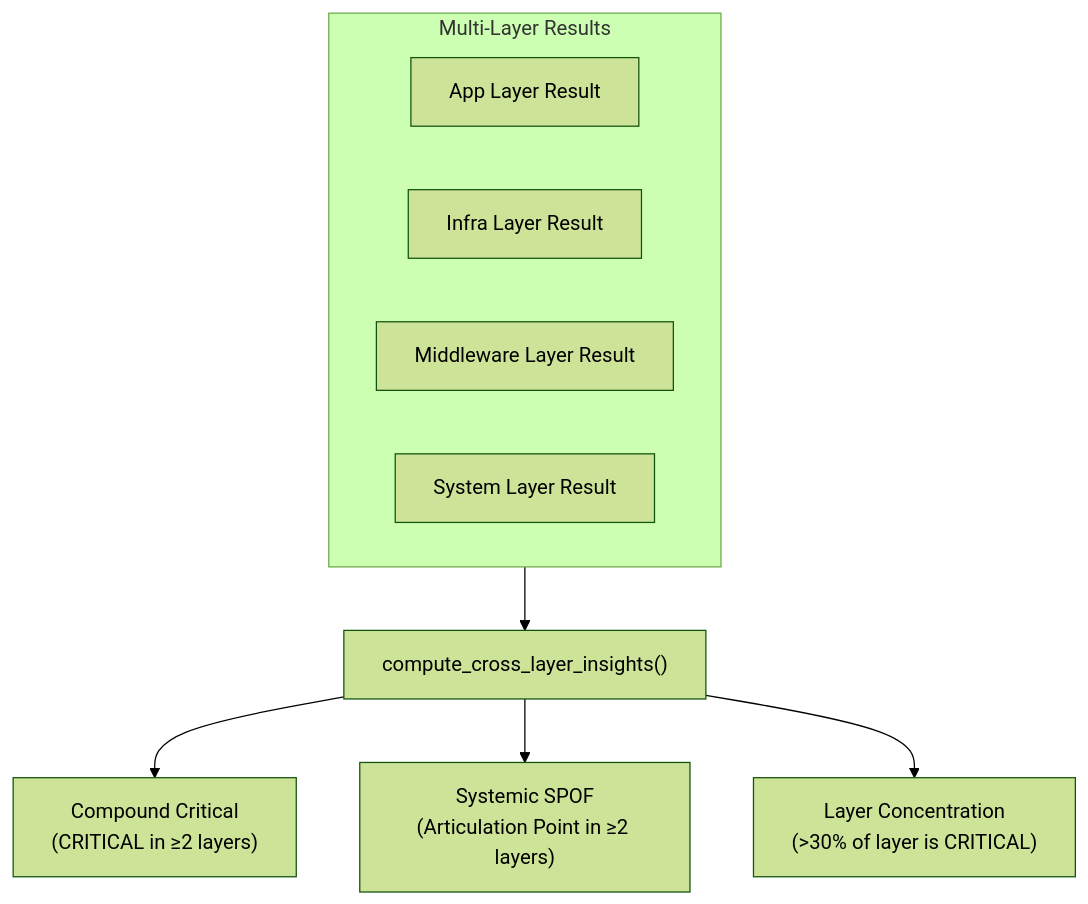
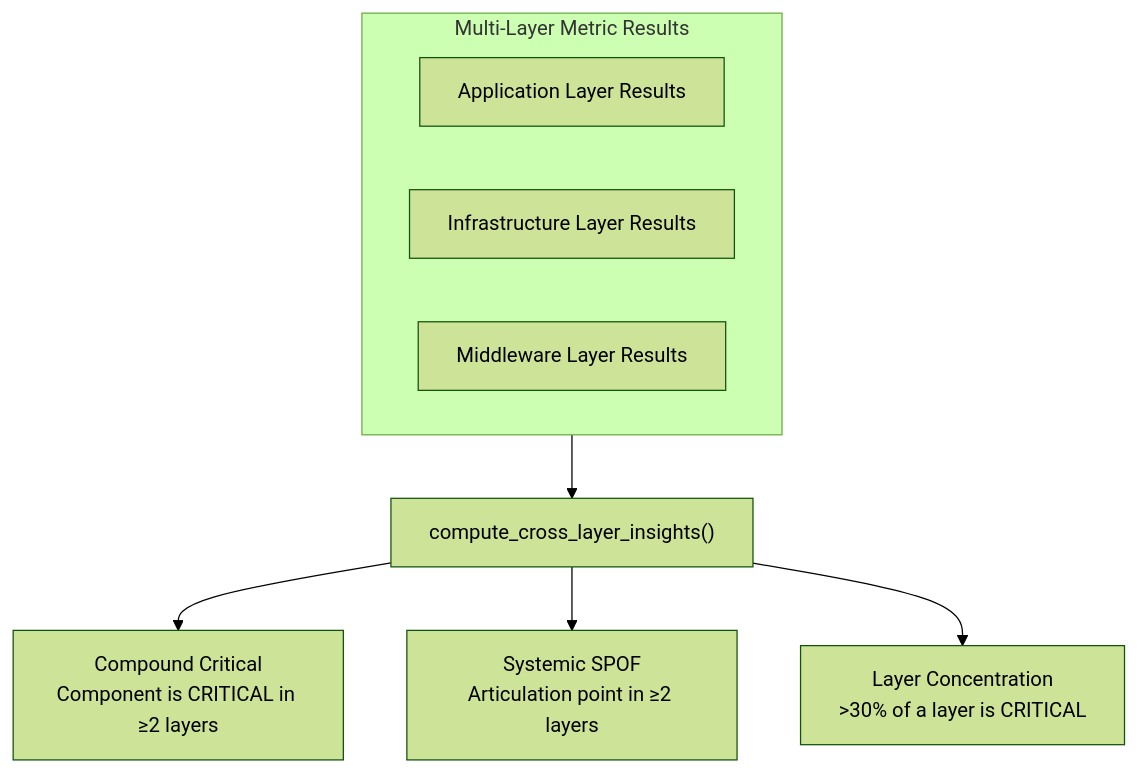
The fourth of 7 diagrams in docs/structural-analysis.md (onuralpyigit/software-as-a-graph), drawn with Mermaid (forest theme) before and after one commit. The commit also changed other lines of this file and 16 other files, not shown here.

````diff
--- a/docs/structural-analysis.md
+++ b/docs/structural-analysis.md
@@ -128,15 +211,14 @@
 ```mermaid
 flowchart TD
-    subgraph MultiLayer["Multi-Layer Results"]
-        AppRes["App Layer Result"]
-        InfraRes["Infra Layer Result"]
-        MwRes["Middleware Layer Result"]
-        SysRes["System Layer Result"]
+    subgraph MultiLayerInputs["Multi-Layer Metric Results"]
+        R_App["Application Layer Results"]
+        R_Infra["Infrastructure Layer Results"]
+        R_MW["Middleware Layer Results"]
     end
 
-    MultiLayer --> CLI["compute_cross_layer_insights()"]
+    MultiLayerInputs --> CLI["compute_cross_layer_insights()"]
 
-    CLI --> CC["Compound Critical<br>(CRITICAL in ≥2 layers)"]
-    CLI --> SS["Systemic SPOF<br>(Articulation Point in ≥2 layers)"]
-    CLI --> LC["Layer Concentration<br>(>30% of layer is CRITICAL)"]
+    CLI --> CC["Compound Critical<br/>Component is CRITICAL in ≥2 layers"]
+    CLI --> SS["Systemic SPOF<br/>Articulation point in ≥2 layers"]
+    CLI --> LC["Layer Concentration<br/>>30% of a layer is CRITICAL"]
 ```
````
